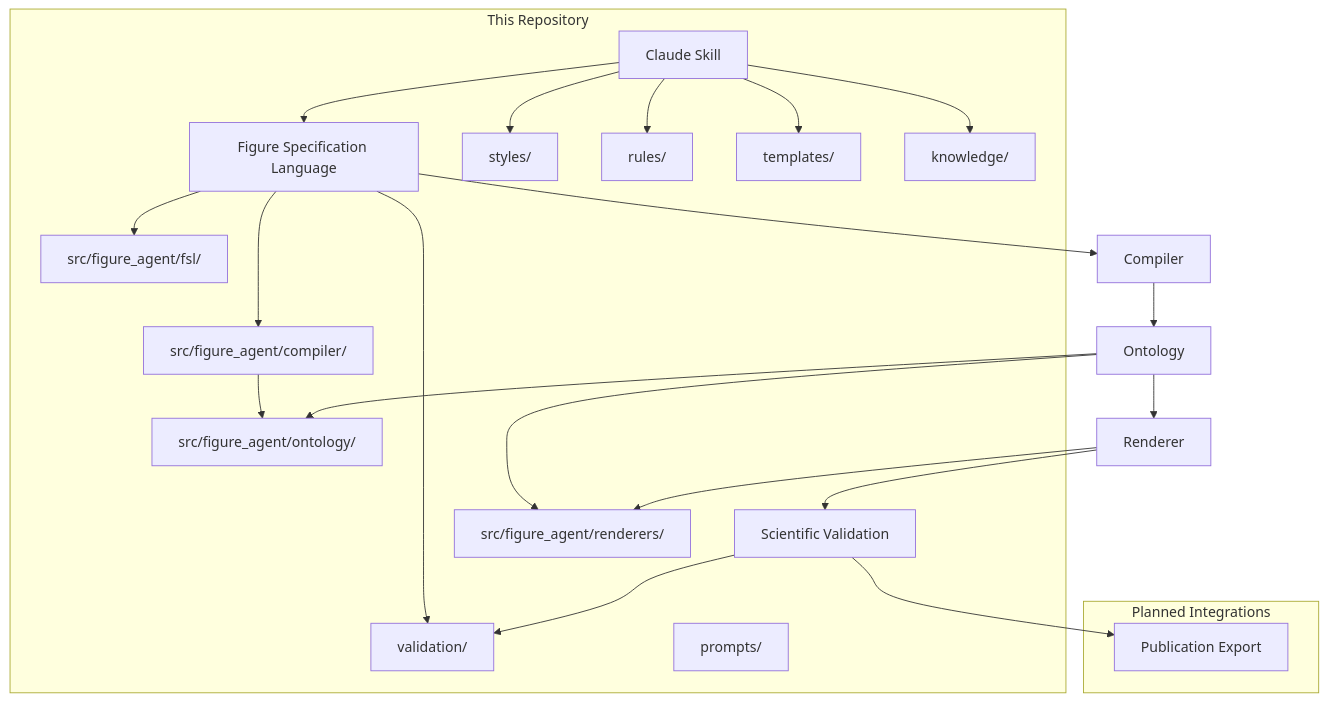
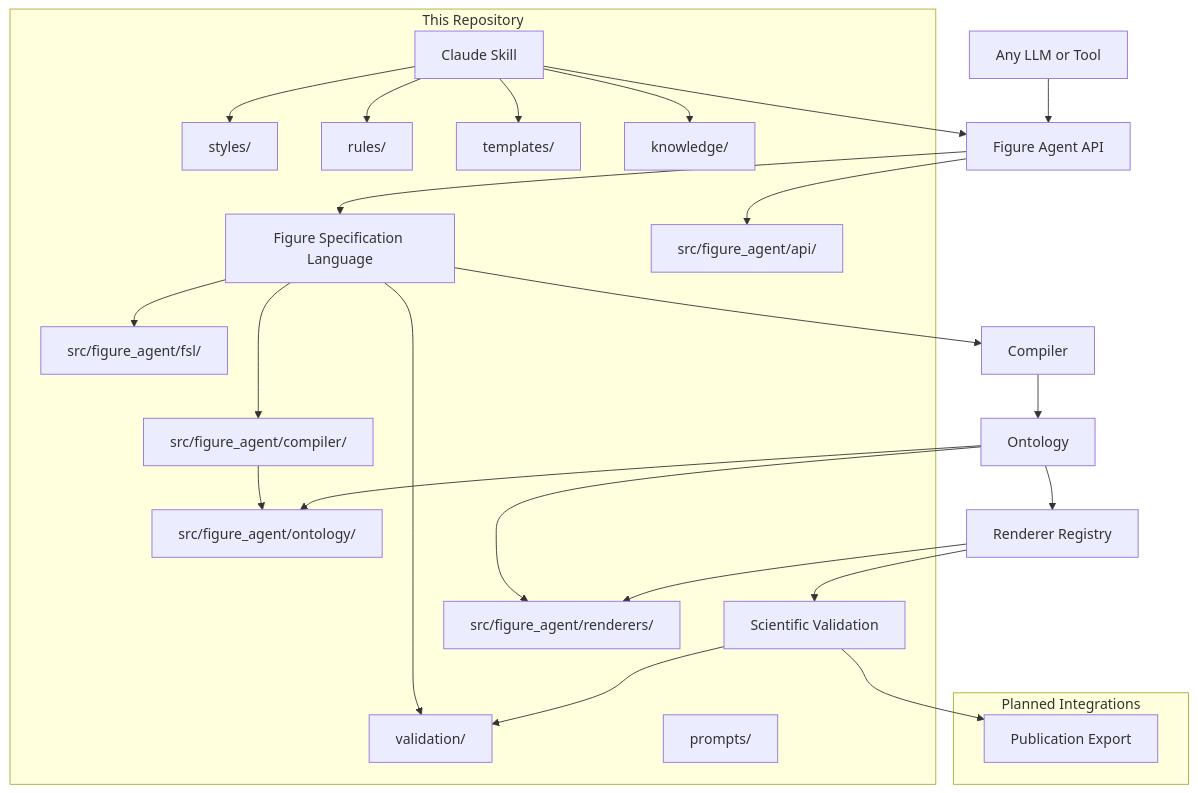
The first of 8 diagrams in docs/Architecture.md (insight2017aquib/MedicinalChemistryFigureDesigner), drawn with Mermaid before and after one commit. The commit also changed other lines of this file and 13 other files, not shown here.

First line of the commit message:
feat(api): v0.7 Figure Agent public API

````diff
--- a/docs/Architecture.md
+++ b/docs/Architecture.md
@@ -28,43 +28,47 @@
 ```mermaid
 flowchart TD
-    A[Claude Skill] --> B[Figure Specification Language]
+    LLM[Any LLM or Tool] --> API[Figure Agent API]
+    A[Claude Skill] --> API
+    API --> B[Figure Specification Language]
     B --> C[Compiler]
     C --> O[Ontology]
-    O --> R[Renderer]
+    O --> R[Renderer Registry]
     R --> E[Scientific Validation]
     E --> F[Publication Export]
 
     subgraph repo [This Repository]
         A
+        API2[src/figure_agent/api/]
         B
         B2[src/figure_agent/fsl/]
         C2[src/figure_agent/compiler/]
         O2[src/figure_agent/ontology/]
         R2[src/figure_agent/renderers/]
         E
         G[styles/]
         H[rules/]
         I[templates/]
         J[knowledge/]
         K[validation/]
         L[prompts/]
     end
 
+    API --> API2
     B --> B2
     B --> C2
     C2 --> O2
     O --> O2
     O --> R2
     R --> R2
 
     subgraph external [Planned Integrations]
         F
     end
 
     A --> G
     A --> H
     A --> I
     A --> J
     B --> K
     E --> K
 ```
````
